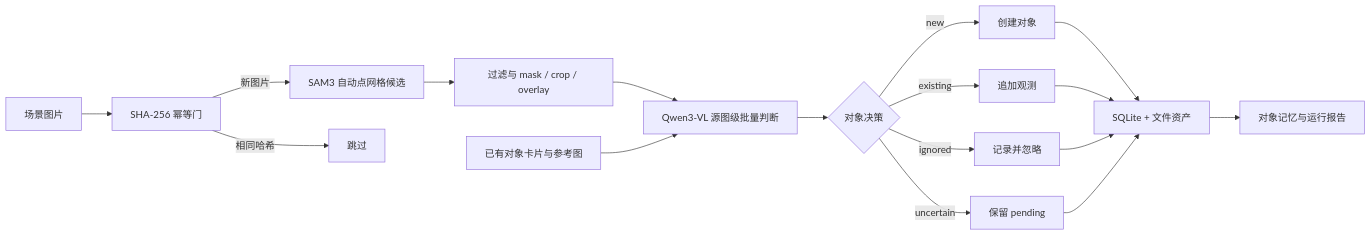
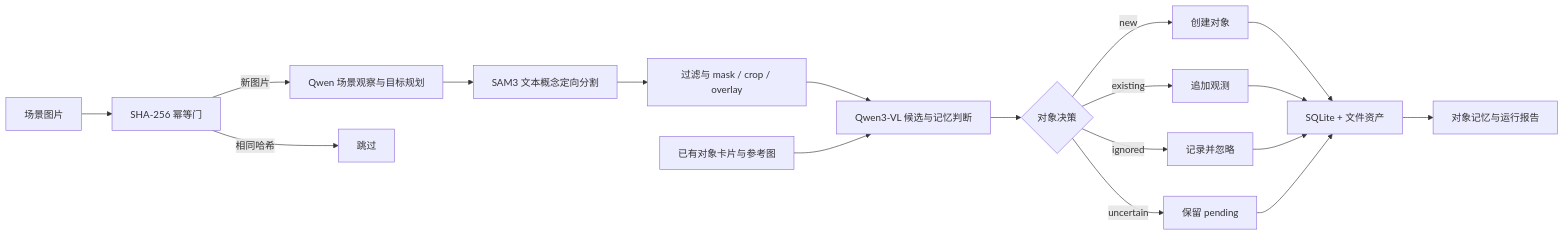
Before and after one commit to xlcooper/Collection-Demo: the diagram in README.md, drawn with Mermaid. The commit also changed other lines of this file and 25 other files, not shown here.

````diff
--- a/README.md
+++ b/README.md
@@ -11,19 +11,20 @@
 ```mermaid
 flowchart LR
     A["场景图片"] --> B["SHA-256 幂等门"]
-    B -->|"新图片"| C["SAM3 自动点网格候选"]
+    B -->|"新图片"| C["Qwen 场景观察与目标规划"]
     B -->|"相同哈希"| Z["跳过"]
-    C --> D["过滤与 mask / crop / overlay"]
-    D --> E["Qwen3-VL 源图级批量判断"]
-    M["已有对象卡片与参考图"] --> E
-    E --> F{"对象决策"}
-    F -->|"new"| G["创建对象"]
-    F -->|"existing"| H["追加观测"]
-    F -->|"ignored"| I["记录并忽略"]
-    F -->|"uncertain"| J["保留 pending"]
-    G --> K["SQLite + 文件资产"]
-    H --> K
-    I --> K
-    J --> K
-    K --> L["对象记忆与运行报告"]
+    C --> D["SAM3 文本概念定向分割"]
+    D --> E["过滤与 mask / crop / overlay"]
+    E --> F["Qwen3-VL 候选与记忆判断"]
+    M["已有对象卡片与参考图"] --> F
+    F --> G{"对象决策"}
+    G -->|"new"| H["创建对象"]
+    G -->|"existing"| I["追加观测"]
+    G -->|"ignored"| J["记录并忽略"]
+    G -->|"uncertain"| K["保留 pending"]
+    H --> L["SQLite + 文件资产"]
+    I --> L
+    J --> L
+    K --> L
+    L --> N["对象记忆与运行报告"]
 ```
````
